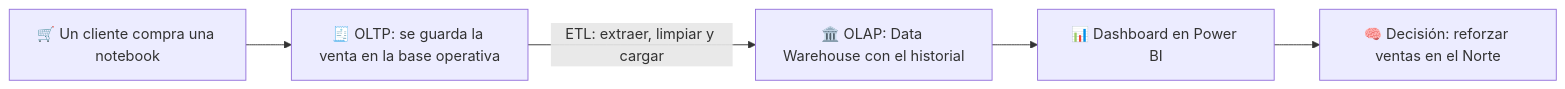
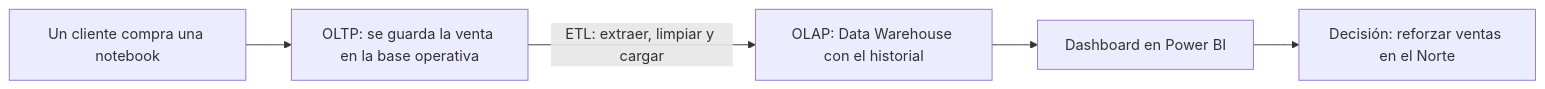
One commit to leanaraque/data_analytics_2026 changed the second of 18 diagrams in documentacion/Semana-02-Esquemas-Conceptos.md. Above: the diagram before and after it, drawn with Mermaid. The commit also changed other lines of this file and 109 other files, not shown here.

````diff
--- a/documentacion/Semana-02-Esquemas-Conceptos.md
+++ b/documentacion/Semana-02-Esquemas-Conceptos.md
@@ -31,7 +31,7 @@
 ```mermaid
 flowchart LR
-    A["🛒 Un cliente compra una notebook"] --> B["🧾 OLTP: se guarda la venta en la base operativa"]
-    B -- "ETL: extraer, limpiar y cargar" --> C["🏛️ OLAP: Data Warehouse con el historial"]
-    C --> D["📊 Dashboard en Power BI"]
-    D --> E["🧠 Decisión: reforzar ventas en el Norte"]
+    A["Un cliente compra una notebook"] --> B["OLTP: se guarda la venta en la base operativa"]
+    B -- "ETL: extraer, limpiar y cargar" --> C["OLAP: Data Warehouse con el historial"]
+    C --> D["Dashboard en Power BI"]
+    D --> E["Decisión: reforzar ventas en el Norte"]
 ```
````
